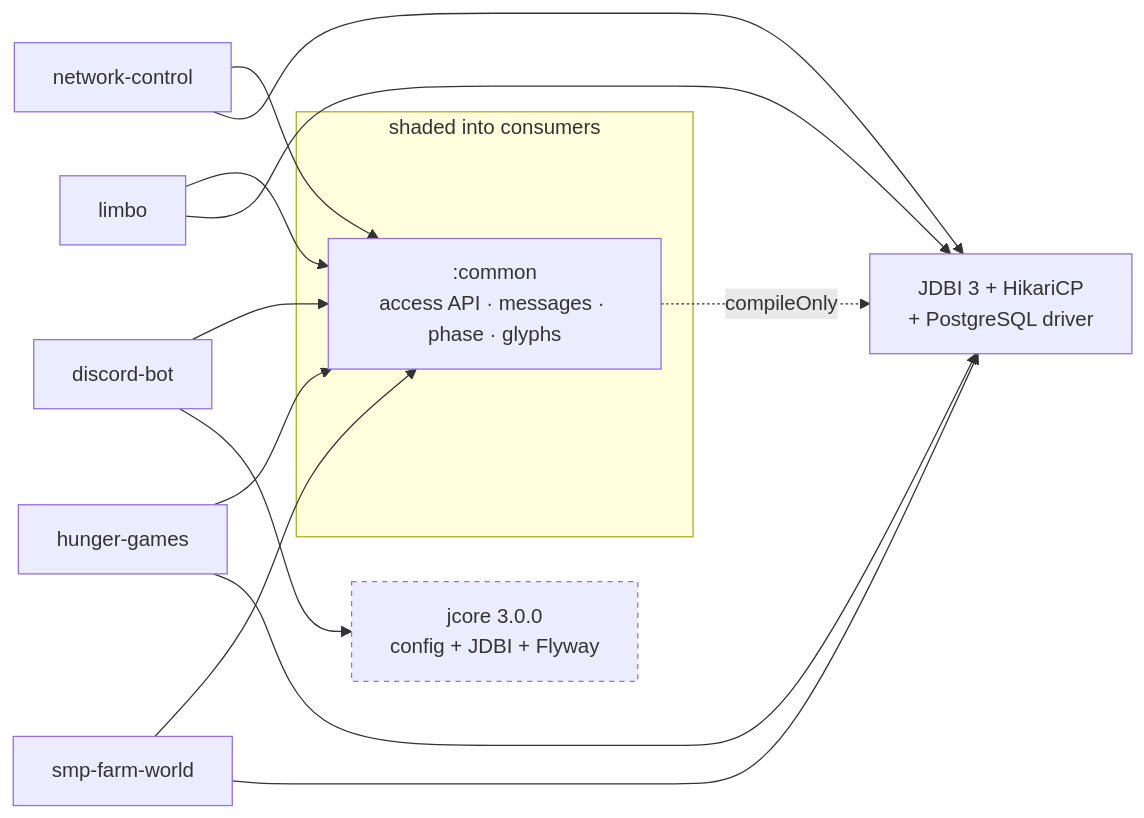
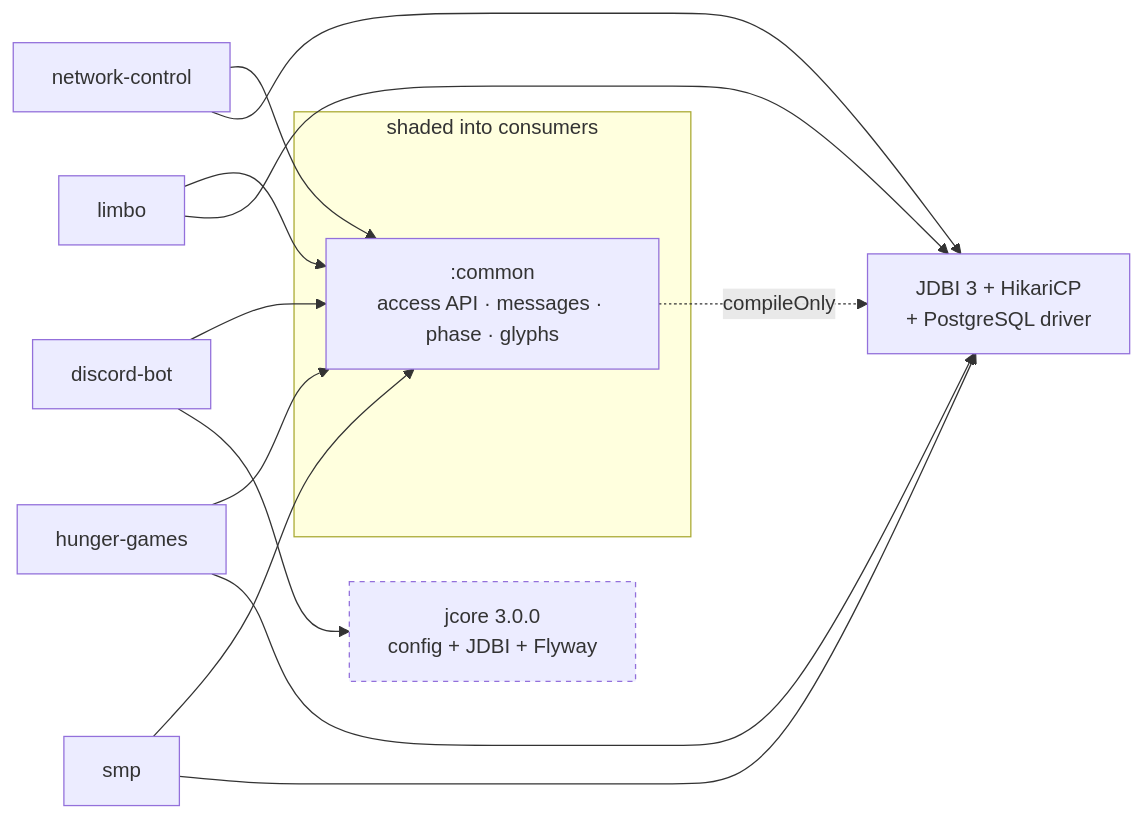
One commit to nordtal/season-2 changed the second of 3 diagrams in docs/architecture.md. Above: the diagram before and after it, drawn with Mermaid. The commit also changed other lines of this file and 7 other files, not shown here.

````diff
--- a/docs/architecture.md
+++ b/docs/architecture.md
@@ -81,23 +89,23 @@
 ```mermaid
 flowchart LR
     subgraph shaded["shaded into consumers"]
         COMMON[":common<br/>access API · messages · phase · glyphs"]
     end
 
     JDBI["JDBI 3 + HikariCP<br/>+ PostgreSQL driver"]
     JCORE["jcore 3.0.0<br/>config + JDBI + Flyway"]
 
     NC["network-control"] --> COMMON
     LB["limbo"] --> COMMON
     HG["hunger-games"] --> COMMON
-    SMP["smp-farm-world"] --> COMMON
+    SMP["smp"] --> COMMON
     BOT["discord-bot"] --> COMMON
     BOT --> JCORE
     COMMON -.->|"compileOnly"| JDBI
     NC --> JDBI
     LB --> JDBI
     HG --> JDBI
     SMP --> JDBI
 
     style JCORE stroke-dasharray: 4 4
 ```
````
